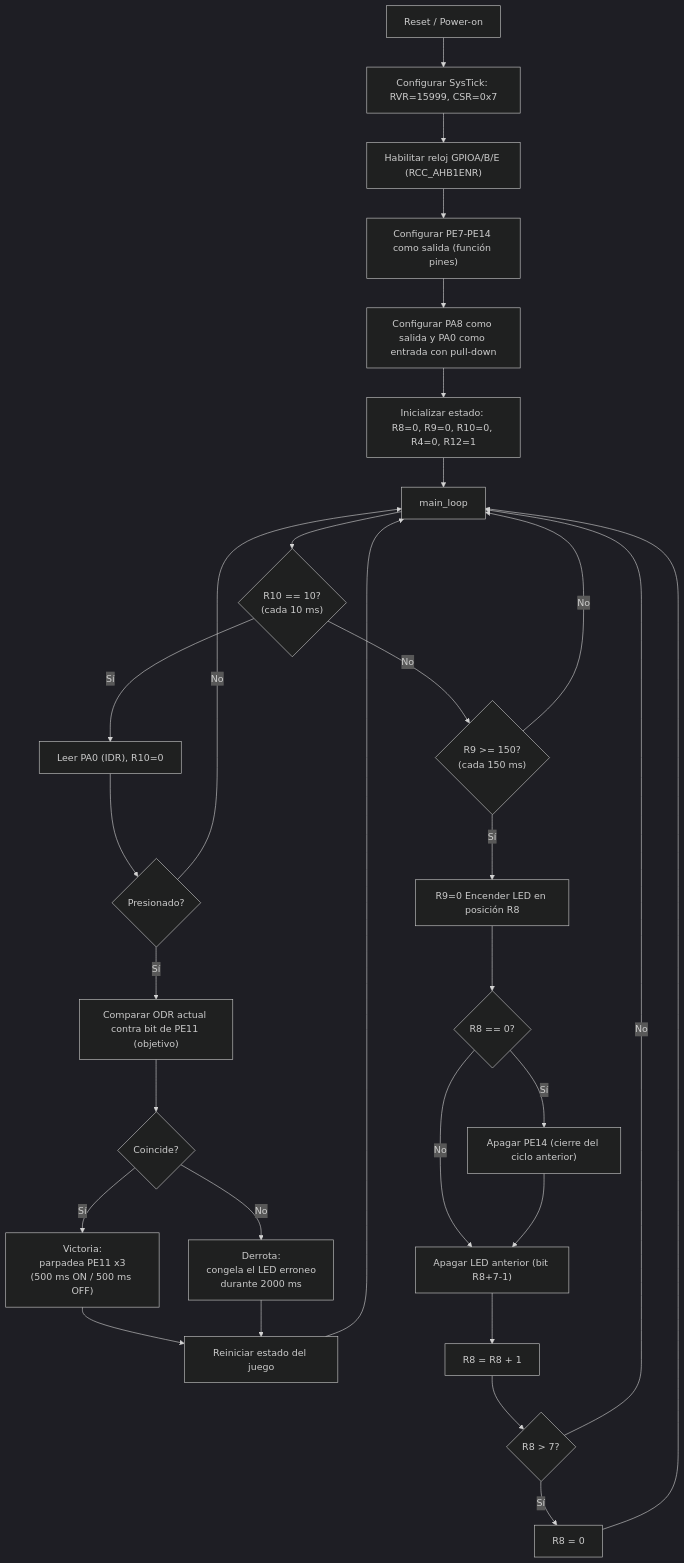
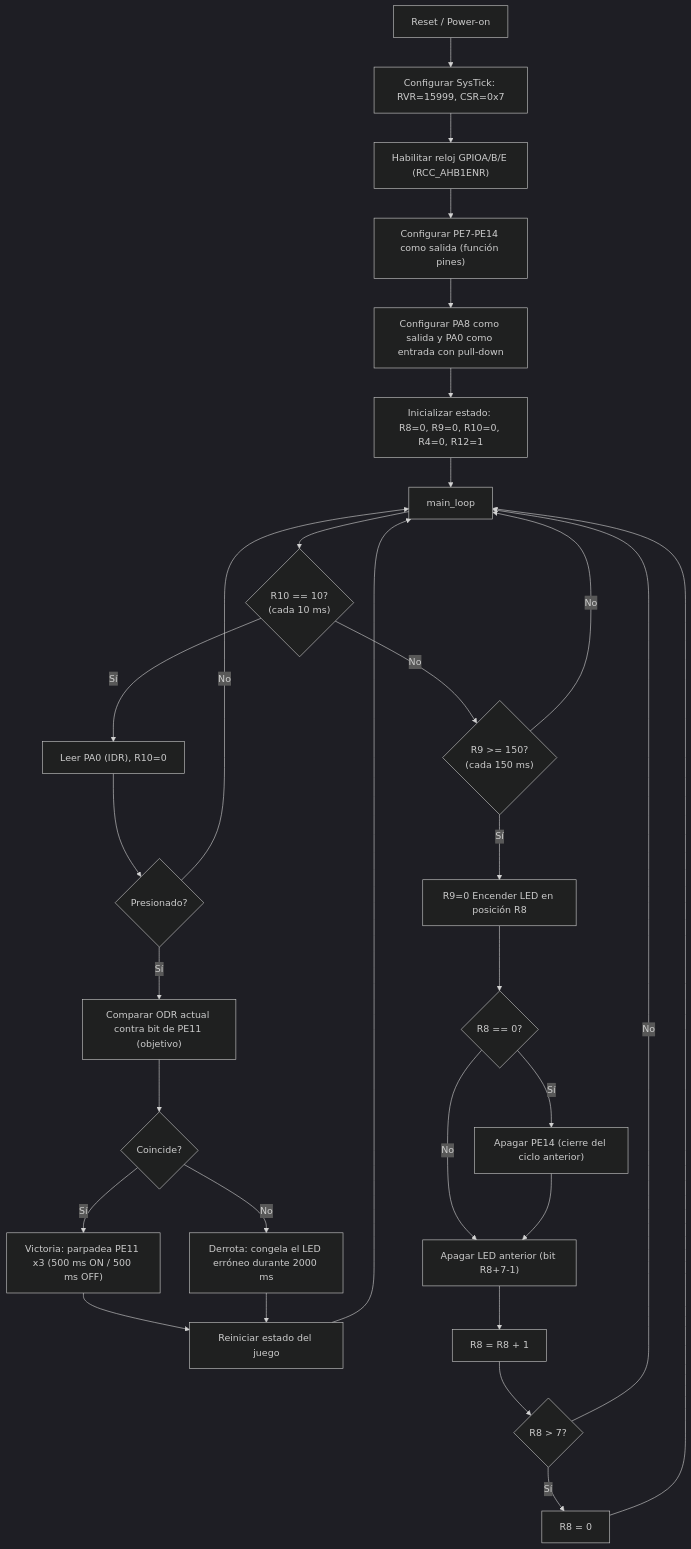
The first of 2 diagrams in README.md (EstebanV0908/Tarea-1-micro-Probador-reflejos), drawn with Mermaid (dark theme) before and after one commit.

````diff
--- a/README.md
+++ b/README.md
@@ -113,37 +113,37 @@
 ```mermaid
 flowchart TD
     A[Reset / Power-on] --> B[Configurar SysTick: RVR=15999, CSR=0x7]
     B --> C["Habilitar reloj GPIOA/B/E (RCC_AHB1ENR)"]
     C --> D["Configurar PE7-PE14 como salida (función pines)"]
     D --> E["Configurar PA8 como salida y PA0 como entrada con pull-down"]
     E --> F["Inicializar estado: R8=0, R9=0, R10=0, R4=0, R12=1"]
     F --> G[main_loop]
 
     G --> H{"R10 == 10?<br/>(cada 10 ms)"}
     H -- Sí --> I["Leer PA0 (IDR), R10=0"]
     H -- No --> J{"R9 >= 150?<br/>(cada 150 ms)"}
 
     I --> K{Presionado?}
     K -- No --> G
     K -- Sí --> L["Comparar ODR actual contra bit de PE11 (objetivo)"]
 
     L --> M{Coincide?}
-    M -- Sí --> N["Victoria:<br/>parpadea PE11 x3<br/>(500 ms ON / 500 ms OFF)"]
-    M -- No --> O["Derrota:<br/>congela el LED erroneo<br/>durante 2000 ms"]
+    M -- Sí --> N["Victoria: parpadea PE11 x3 (500 ms ON / 500 ms OFF)"]
+    M -- No --> O["Derrota: congela el LED erróneo durante 2000 ms"]
 
     N --> P["Reiniciar estado del juego"]
     O --> P
     P --> G
 
     J -- No --> G
     J -- Sí --> Q["R9=0 Encender LED en posición R8"]
     Q --> R{"R8 == 0?"}
     R -- Sí --> S["Apagar PE14 (cierre del ciclo anterior)"]
     R -- No --> T["Apagar LED anterior (bit R8+7-1)"]
     S --> T
     T --> U["R8 = R8 + 1"]
     U --> V{"R8 > 7?"}
     V -- Sí --> W["R8 = 0"]
     V -- No --> G
     W --> G
 ```
````
